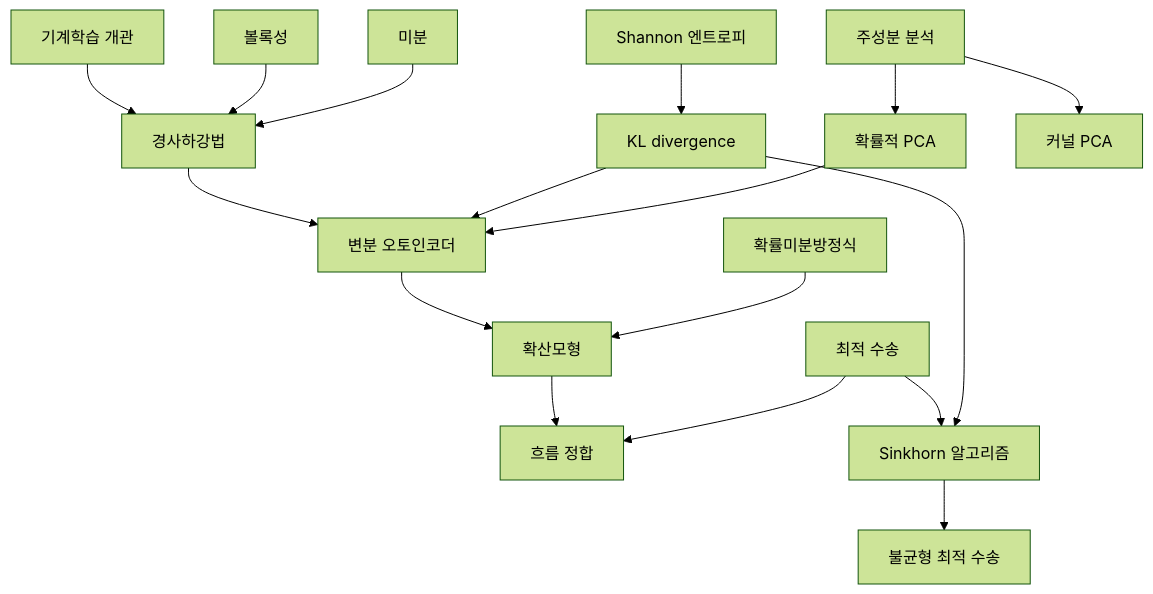
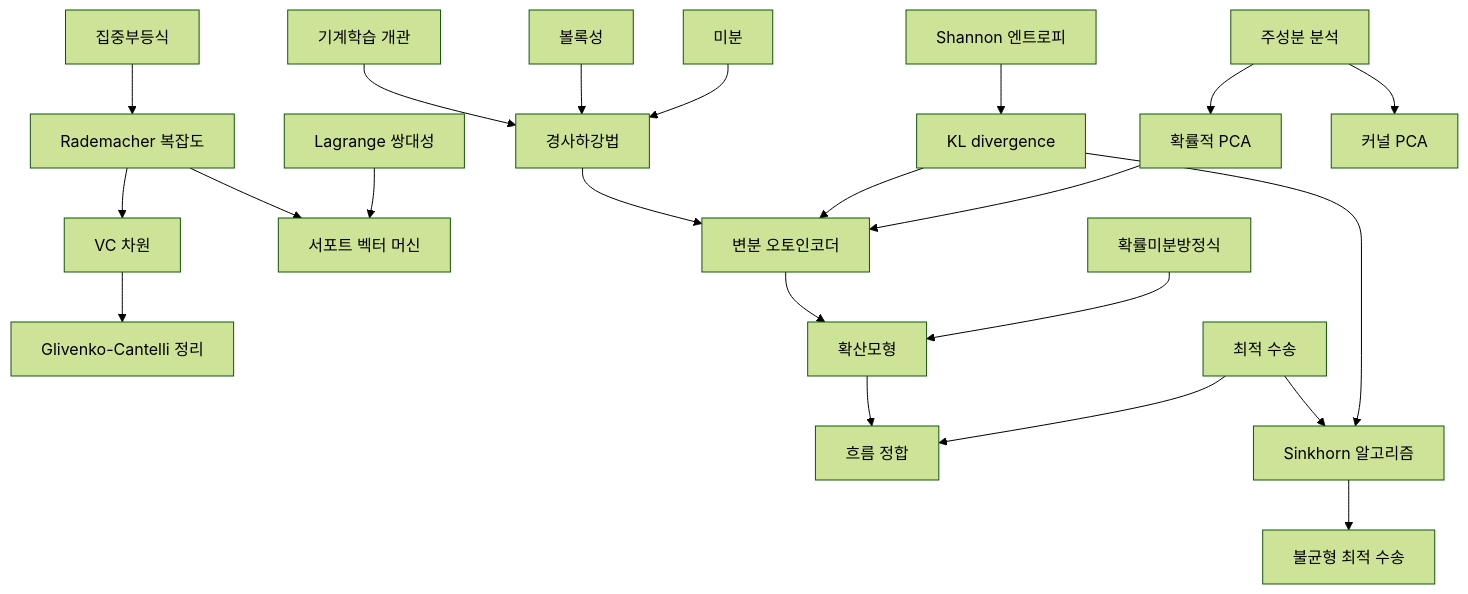
The diagram in docs/machine-learning-overview.md (Phryxia/math-map), drawn with Mermaid (forest theme) before and after one commit.

Commit message:
show the generalization chain in the machine-learning-overview map
Claude-Session: https://claude.ai/code/session_01UTXxQ6xQQ2aQLMwULcVWEC

````diff
--- a/docs/machine-learning-overview.md
+++ b/docs/machine-learning-overview.md
@@ -15,19 +15,24 @@
 ```mermaid
 graph TD
   MLO["기계학습 개관"] --> GD["경사하강법"]
+  CI["집중부등식"] --> RC["Rademacher 복잡도"]
+  RC --> VC["VC 차원"]
+  VC --> GC["Glivenko-Cantelli 정리"]
+  RC --> SVM["서포트 벡터 머신"]
+  LD["Lagrange 쌍대성"] --> SVM
   CVX["볼록성"] --> GD
   DER["미분"] --> GD
   GD --> VAE["변분 오토인코더"]
   ENT["Shannon 엔트로피"] --> KL["KL divergence"]
   KL --> VAE
   PCA["주성분 분석"] --> PPCA["확률적 PCA"]
   PCA --> KPCA["커널 PCA"]
   PPCA --> VAE
   VAE --> DM["확산모형"]
   SDE["확률미분방정식"] --> DM
   DM --> FM["흐름 정합"]
   OT["최적 수송"] --> FM
   OT --> SINK["Sinkhorn 알고리즘"]
   KL --> SINK
   SINK --> UOT["불균형 최적 수송"]
 ```
````
